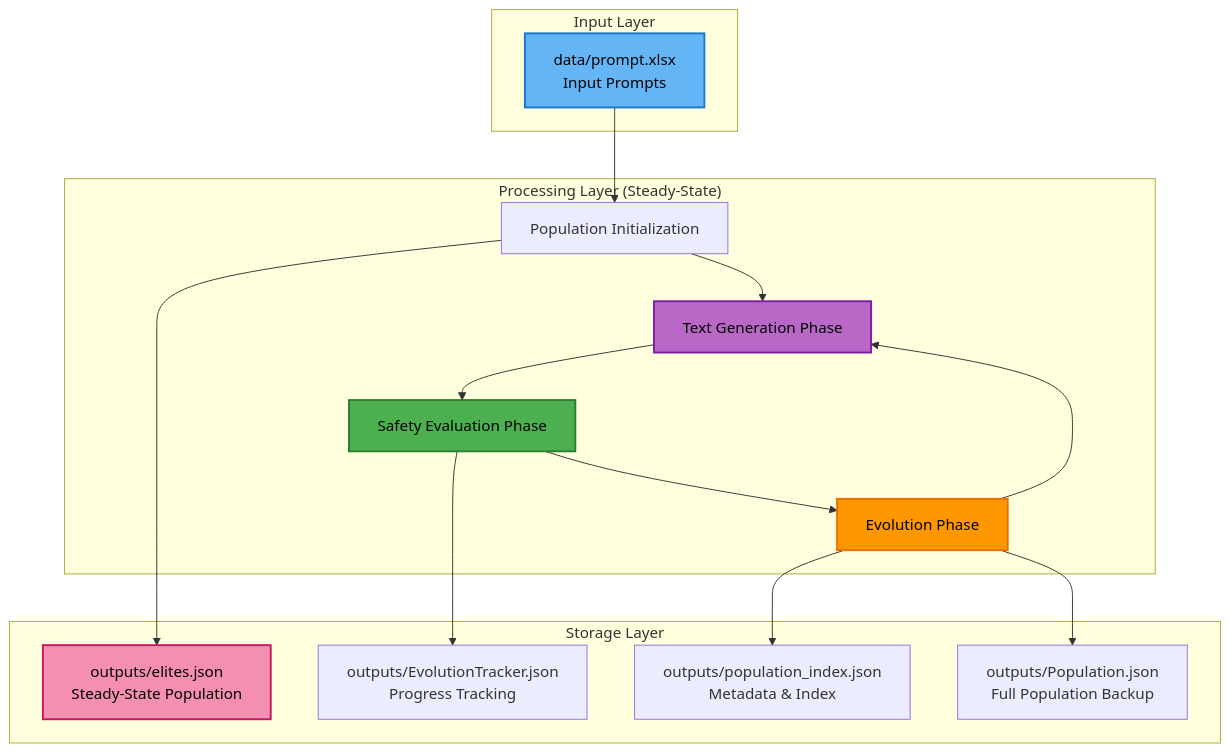
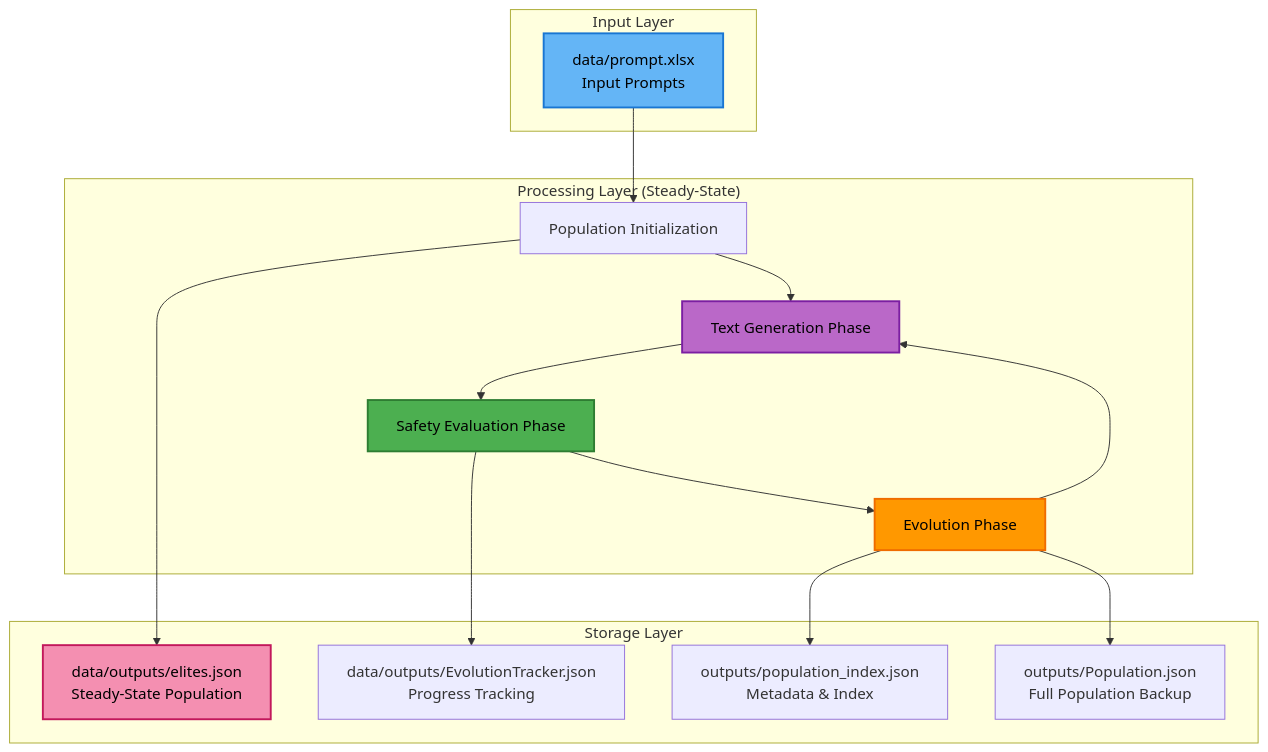
The seventh of 10 diagrams in ARCHITECTURE.md (Onkar2102/ToxSearch), drawn with Mermaid before and after one commit. The commit also changed other lines of this file and 47 other files, not shown here.

````diff
--- a/ARCHITECTURE.md
+++ b/ARCHITECTURE.md
@@ -264,37 +265,37 @@
 ```mermaid
 flowchart TD
   subgraph "Input Layer"
     A[data/prompt.xlsx<br/>Input Prompts]
   end
   
   subgraph "Processing Layer (Steady-State)"
     B[Population Initialization]
     C[Text Generation Phase]
     D[Safety Evaluation Phase]
     E[Evolution Phase]
   end
   
   subgraph "Storage Layer"
-    F[outputs/elites.json<br/>Steady-State Population]
-    G[outputs/EvolutionTracker.json<br/>Progress Tracking]
+    F[data/outputs/elites.json<br/>Steady-State Population]
+    G[data/outputs/EvolutionTracker.json<br/>Progress Tracking]
     H[outputs/population_index.json<br/>Metadata & Index]
     I[outputs/Population.json<br/>Full Population Backup]
   end
   
   A --> B
   B --> C
   C --> D
   D --> E
   E --> C
   
   B --> F
   D --> G
   E --> H
   E --> I
   
   style A fill:#64b5f6,stroke:#1976d2,stroke-width:2px,color:#000
   style C fill:#ba68c8,stroke:#7b1fa2,stroke-width:2px,color:#000
   style D fill:#4caf50,stroke:#2e7d32,stroke-width:2px,color:#000
   style E fill:#ff9800,stroke:#ef6c00,stroke-width:2px,color:#000
   style F fill:#f48fb1,stroke:#c2185b,stroke-width:2px,color:#000
 ```
````
